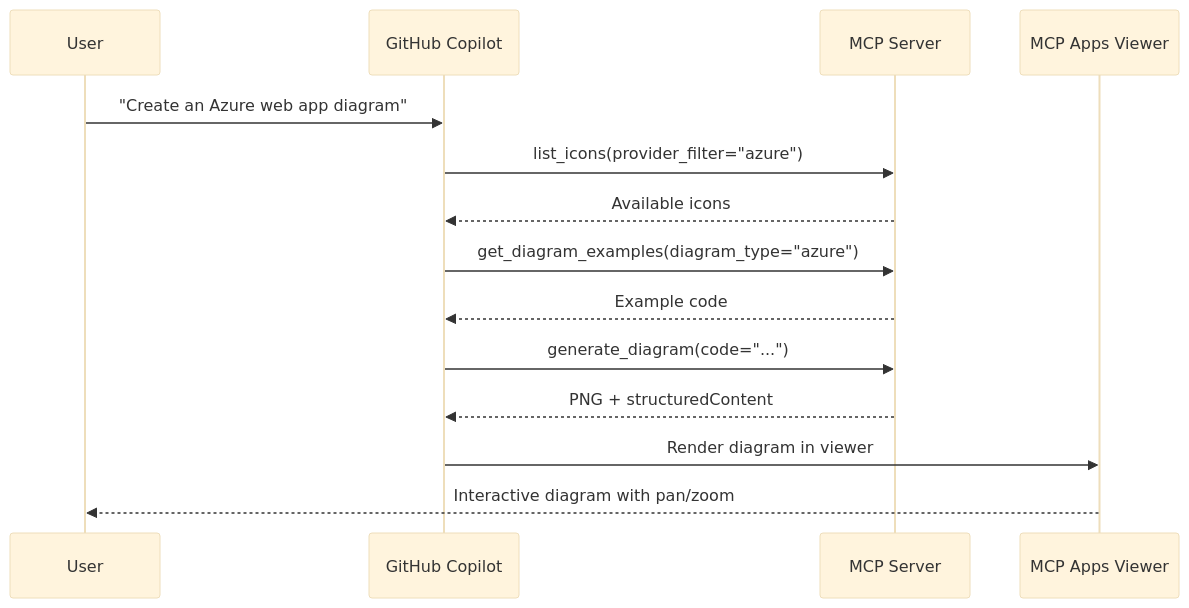
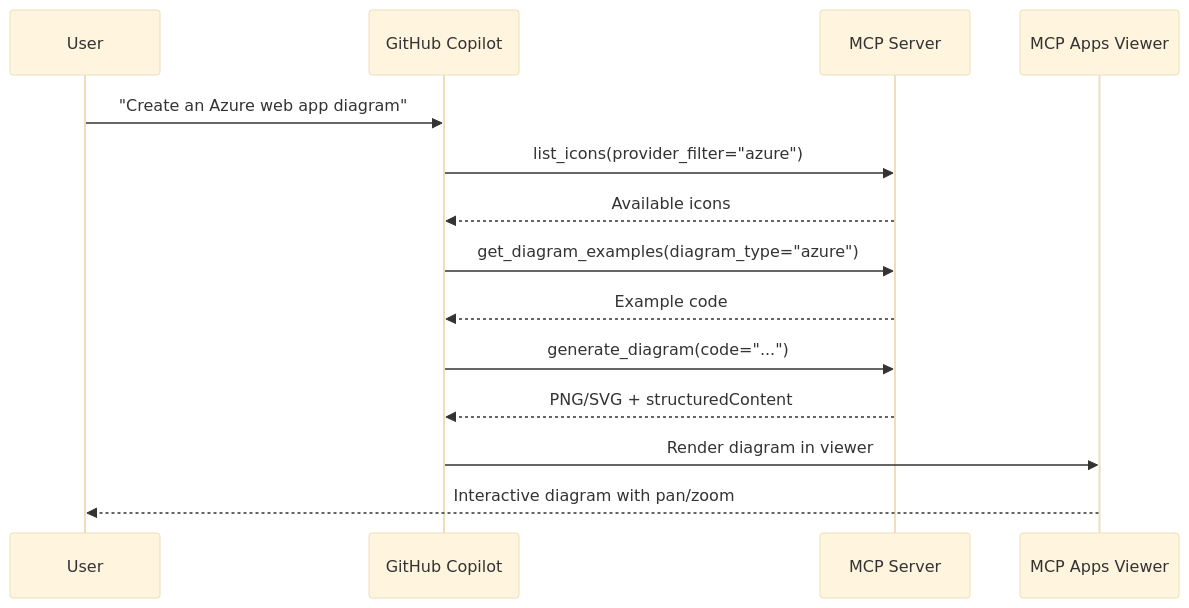
The third of 5 diagrams in README.md (microsoft/diagrams-mcp-server), drawn with Mermaid (base theme) before and after one commit. The commit also changed other lines of this file and 9 other files, not shown here.

````diff
--- a/README.md
+++ b/README.md
@@ -182,17 +189,17 @@
 ```mermaid
 sequenceDiagram
     participant User
     participant Copilot as GitHub Copilot
     participant MCP as MCP Server
     participant App as MCP Apps Viewer
 
     User->>Copilot: "Create an Azure web app diagram"
     Copilot->>MCP: list_icons(provider_filter="azure")
     MCP-->>Copilot: Available icons
     Copilot->>MCP: get_diagram_examples(diagram_type="azure")
     MCP-->>Copilot: Example code
     Copilot->>MCP: generate_diagram(code="...")
-    MCP-->>Copilot: PNG + structuredContent
+    MCP-->>Copilot: PNG/SVG + structuredContent
     Copilot->>App: Render diagram in viewer
     App-->>User: Interactive diagram with pan/zoom
 ```
````
